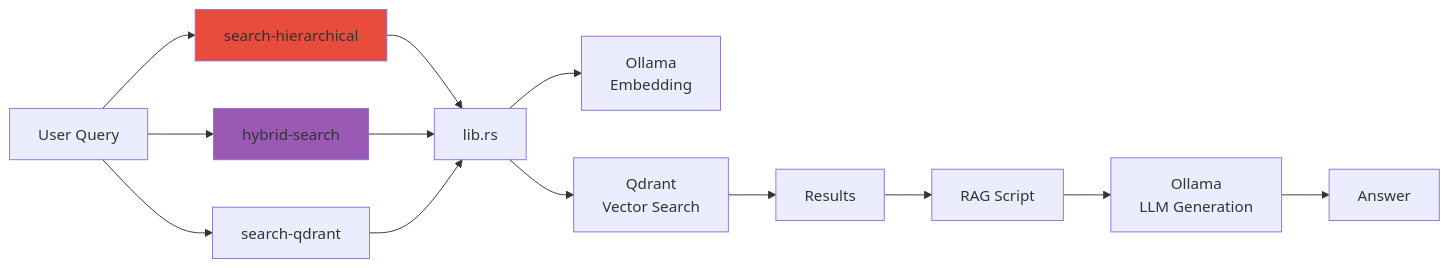
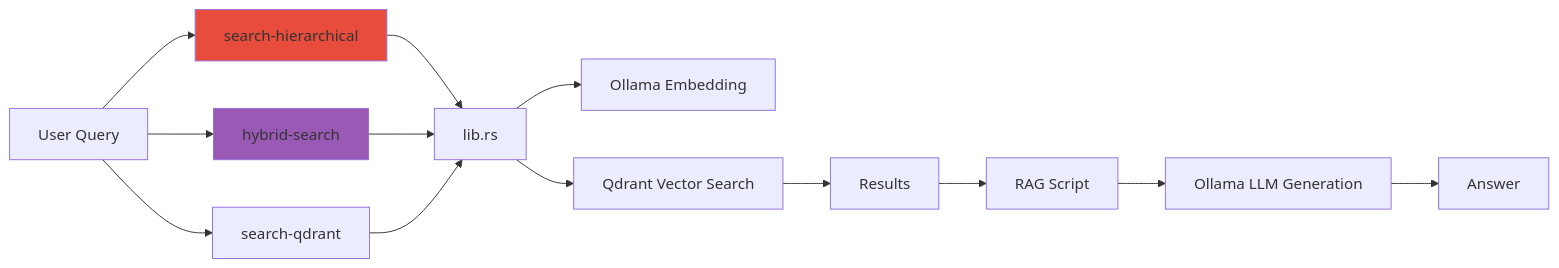
One commit to softwarewrighter/rag-demo changed the seventh of 7 diagrams in wiki/Rust-Components.md. Above: the diagram before and after it, drawn with Mermaid. The commit also changed other lines of this file and 7 other files, not shown here.

````diff
--- a/wiki/Rust-Components.md
+++ b/wiki/Rust-Components.md
@@ -626,21 +626,21 @@
 ```mermaid
 flowchart LR
     Q[User Query] --> SH[search-hierarchical]
     Q --> HS[hybrid-search]
     Q --> SQ[search-qdrant]
 
     SH --> LIB[lib.rs]
     HS --> LIB
     SQ --> LIB
 
-    LIB --> OL[Ollama<br/>Embedding]
-    LIB --> QD[Qdrant<br/>Vector Search]
+    LIB --> OL[Ollama Embedding]
+    LIB --> QD[Qdrant Vector Search]
 
     QD --> R[Results]
     R --> RAG[RAG Script]
-    RAG --> OL2[Ollama<br/>LLM Generation]
+    RAG --> OL2[Ollama LLM Generation]
     OL2 --> ANS[Answer]
 
     style SH fill:#e74c3c
     style HS fill:#9b59b6
 ```
````
